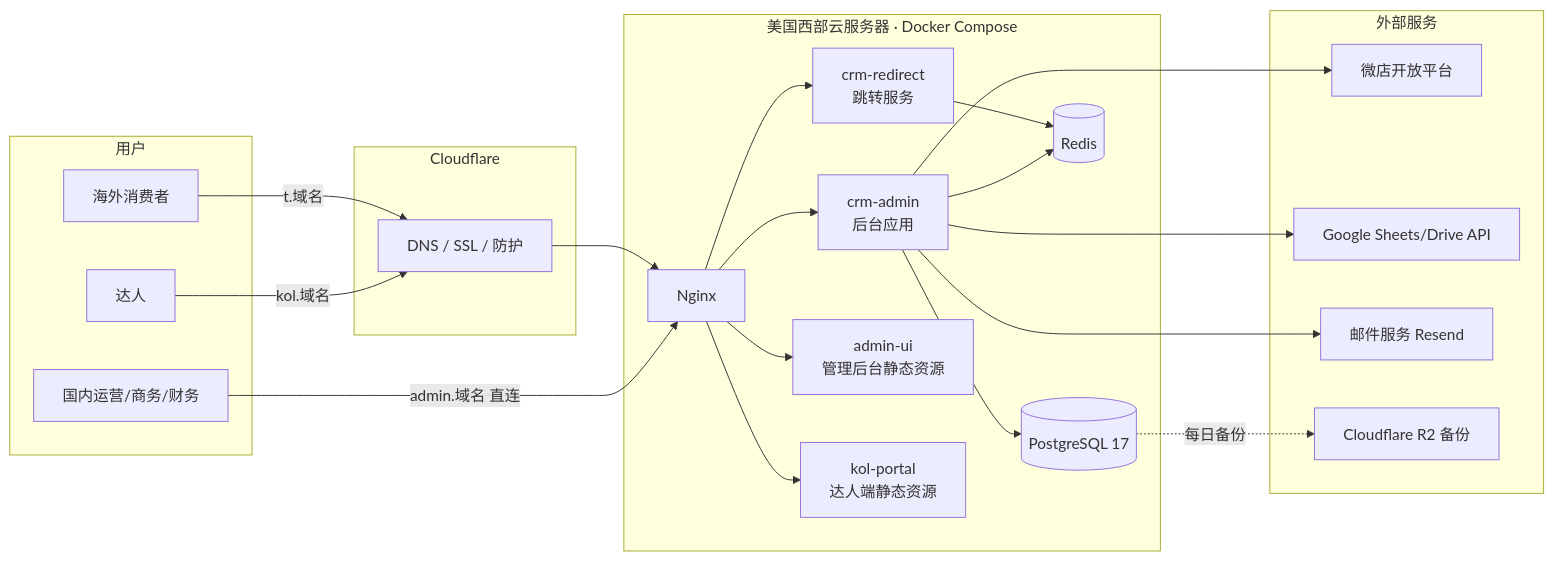
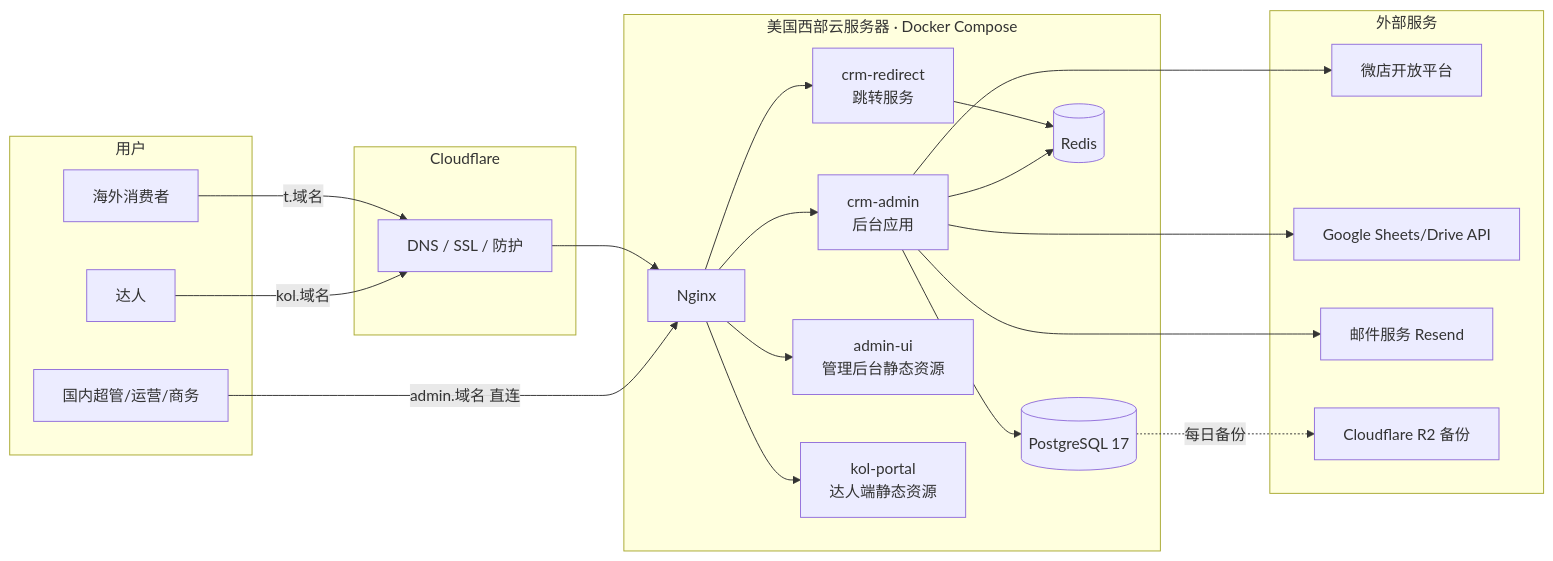
Before and after one commit to ksws00684315/t-crm: the first of 6 diagrams in docs/03-设计/系统详细设计说明书.md, drawn with Mermaid. The commit also changed other lines of this file and 7 other files, not shown here.

````diff
--- a/docs/03-设计/系统详细设计说明书.md
+++ b/docs/03-设计/系统详细设计说明书.md
@@ -94,39 +130,39 @@
 ```mermaid
 flowchart LR
   subgraph 用户
     C[海外消费者]
     K[达人]
-    O[国内运营/商务/财务]
+    O[国内超管/运营/商务]
   end
   subgraph Cloudflare
     CF[DNS / SSL / 防护]
   end
   subgraph 美国西部服务器[美国西部云服务器 · Docker Compose]
     NG[Nginx]
     RD[crm-redirect<br/>跳转服务]
     APP[crm-admin<br/>后台应用]
     FE1[admin-ui<br/>管理后台静态资源]
     FE2[kol-portal<br/>达人端静态资源]
     MY[(PostgreSQL 17)]
     RS[(Redis)]
   end
   subgraph 外部服务
     WD[微店开放平台]
     GG[Google Sheets/Drive API]
     EM[邮件服务 Resend]
     R2[Cloudflare R2 备份]
   end
   C -->|t.域名| CF --> NG --> RD
   K -->|kol.域名| CF
   O -->|admin.域名 直连| NG
   NG --> APP
   NG --> FE1
   NG --> FE2
   RD --> RS
   APP --> MY
   APP --> RS
   APP --> WD
   APP --> GG
   APP --> EM
   MY -.每日备份.-> R2
 ```
````
